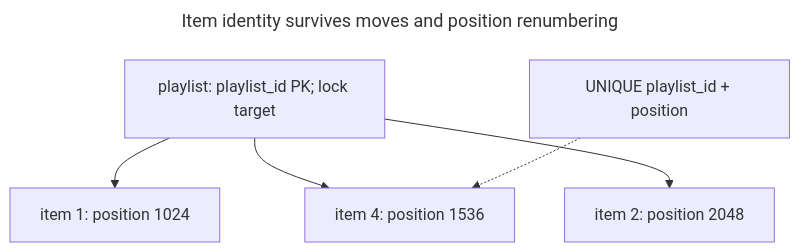
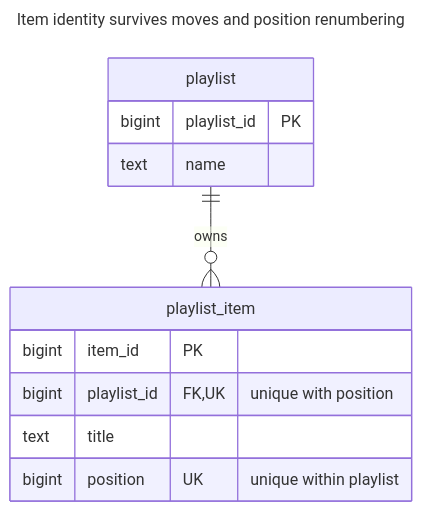
The first of 4 diagrams in book/en/ordered-collection.md (mokevnin/database-design-patterns), drawn with Mermaid before and after one commit. The commit also changed other lines of this file and 13 other files, not shown here.

First line of the commit message:
docs: add ER and other diagrams to the first fourteen chapters

````diff
--- a/book/en/ordered-collection.md
+++ b/book/en/ordered-collection.md
@@ -49,15 +49,19 @@
 ```mermaid
 ---
 title: Item identity survives moves and position renumbering
 ---
-flowchart TB
-  owner["playlist: playlist_id PK; lock target"]:::accent
-  first["item 1: position 1024"]:::muted
-  inserted["item 4: position 1536"]:::accent
-  second["item 2: position 2048"]:::muted
-  rule["UNIQUE playlist_id + position"]:::warn
-  owner --> first
-  owner --> inserted
-  owner --> second
-  rule -.-> inserted
+erDiagram
+  playlist ||--o{ playlist_item : owns
+  playlist {
+    bigint playlist_id PK
+    text name
+  }
+  playlist_item {
+    bigint item_id PK
+    bigint playlist_id FK, UK "unique with position"
+    text title
+    bigint position UK "unique within playlist"
+  }
+  class playlist accent
+  class playlist_item muted
 ```
````
